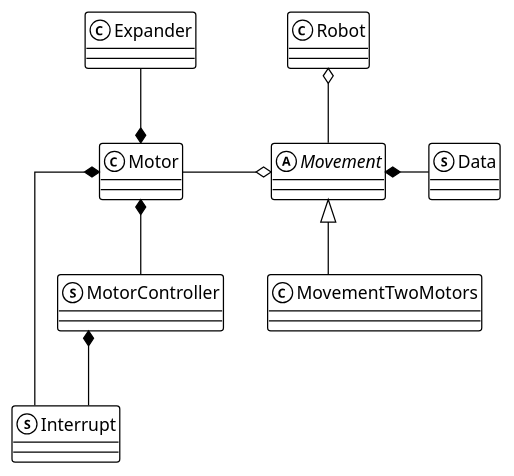
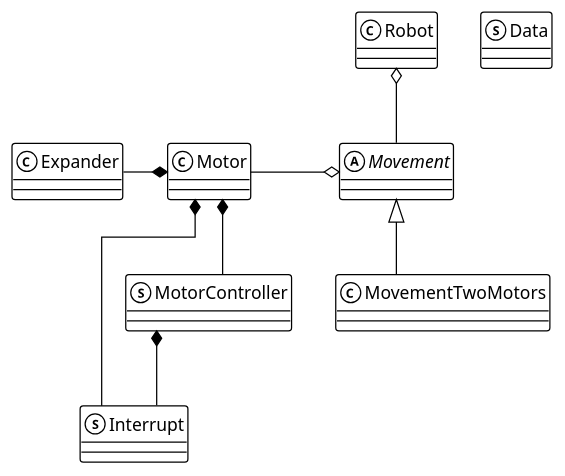
Before and after one commit to AlexFigas/Didactic-Robot-Project: the diagram in assets/plantuml/minimal.puml, drawn with PlantUML. The commit also changed 3 other files, not shown here.

```diff
--- a/assets/plantuml/minimal.puml
+++ b/assets/plantuml/minimal.puml
@@ -1,45 +1,40 @@
 @startuml Diagrama de classes
 !theme mono
 
 skinparam linetype ortho
 
 /' Objects '/
 class Expander {
 }
 
 class Motor {
 }
 
 abstract class Movement {
 }
 
-class MovementTwoMotors {
-}
-
-class Robot {
+class MovementTwoMotors extends Movement {
 }
 
 struct Data {
 }
 
 struct Interrupt {
 }
 
+
 struct MotorController {
 }
 
-/' Inheritance relationships '/
-Movement <|-- MovementTwoMotors
+class Robot {
+}
 
 /' Aggregation relationships '/
-.Motor *-up- .Expander
+.Motor *-left- .Expander
 .Motor *-- .Interrupt
 .Motor *-- .MotorController
 .MotorController *-- .Interrupt
 .Movement o-left- .Motor
 .Robot o-- .Movement
 
-/' Nested objects '/
-.Movement *-right- .Data
-
 @enduml
```
